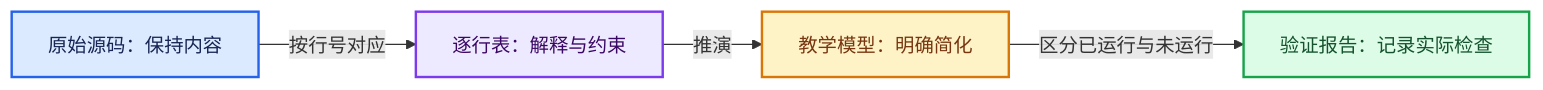
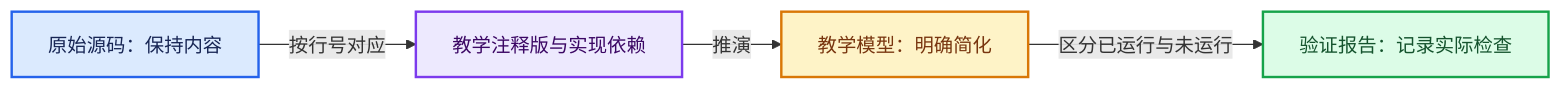
The second of 2 diagrams in 杂/markdown/全面学习-codex/图表配色与阅读约定.md (yunkezengren/blender-.vscode), drawn with Mermaid before and after one commit. The commit also changed other lines of this file and 1930 other files, not shown here.

````diff
--- a/杂/markdown/全面学习-codex/图表配色与阅读约定.md
+++ b/杂/markdown/全面学习-codex/图表配色与阅读约定.md
@@ -35,16 +38,16 @@
 ```mermaid
 flowchart LR
   S["原始源码：保持内容"]:::input
-  L["逐行表：解释与约束"]:::abstraction
+  L["教学注释版与实现依赖"]:::abstraction
   M["教学模型：明确简化"]:::compute
   V["验证报告：记录实际检查"]:::result
   S -->|"按行号对应"| L
   L -->|"推演"| M
   M -->|"区分已运行与未运行"| V
   classDef input fill:#DBEAFE,stroke:#2563EB,color:#172554,stroke-width:2px;
   classDef data fill:#CFFAFE,stroke:#0891B2,color:#164E63,stroke-width:2px;
   classDef abstraction fill:#EDE9FE,stroke:#7C3AED,color:#3B0764,stroke-width:2px;
   classDef compute fill:#FEF3C7,stroke:#D97706,color:#78350F,stroke-width:2px;
   classDef result fill:#DCFCE7,stroke:#16A34A,color:#14532D,stroke-width:2px;
   classDef error fill:#FEE2E2,stroke:#DC2626,color:#7F1D1D,stroke-width:2px;
 ```
````
